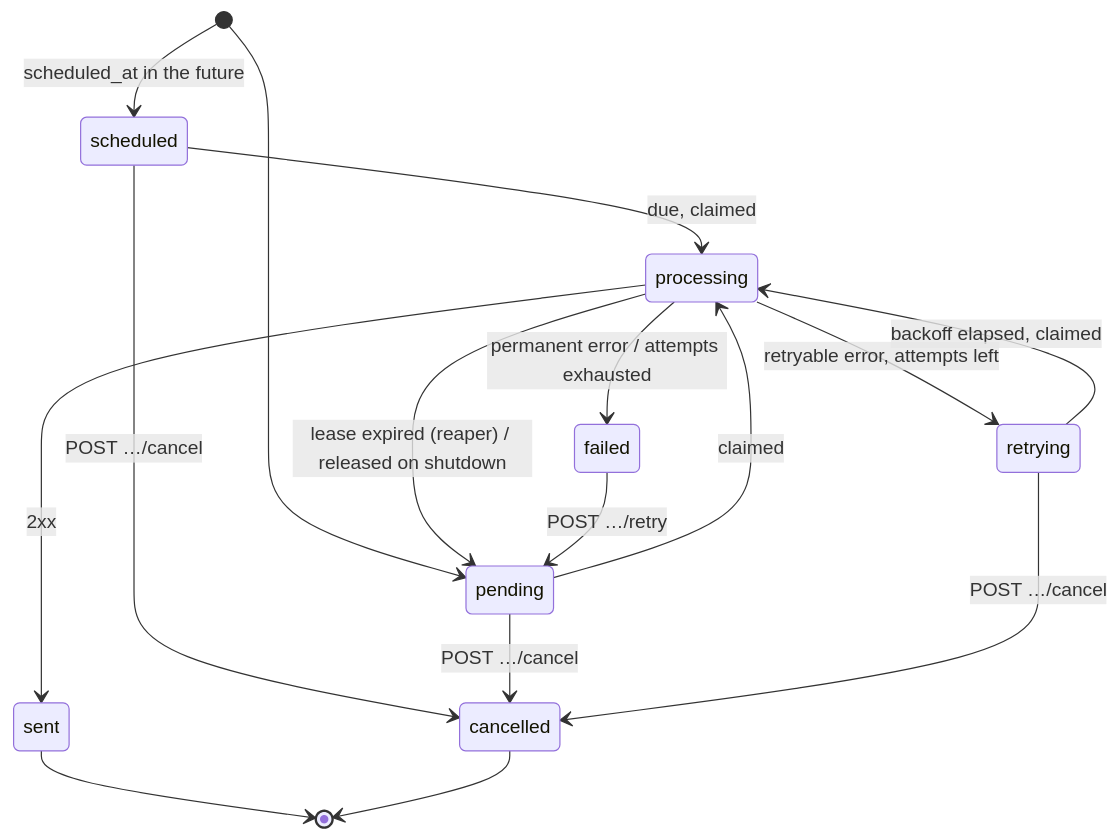
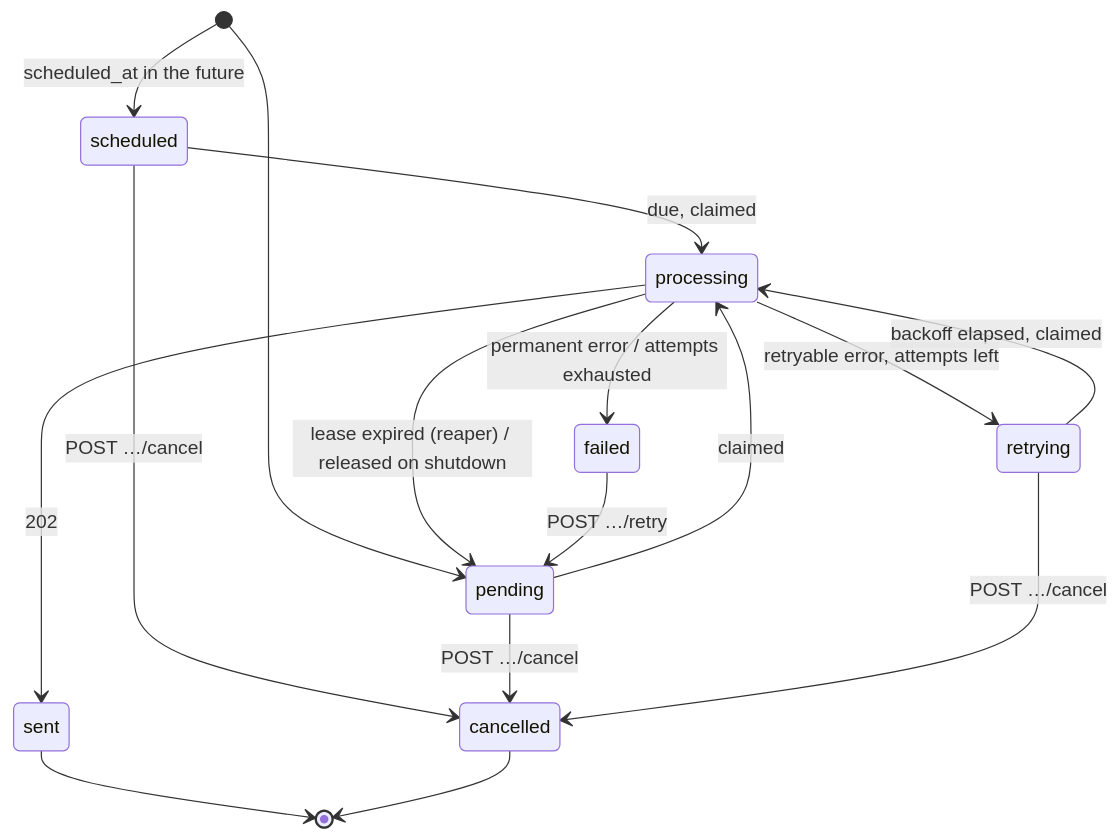
Before and after one commit to Chroex/insider-notification-service: the third of 3 diagrams in README.md, drawn with Mermaid. The commit also changed other lines of this file and 11 other files, not shown here.

````diff
--- a/README.md
+++ b/README.md
@@ -154,18 +154,18 @@
 ```mermaid
 stateDiagram-v2
     [*] --> scheduled: scheduled_at in the future
     [*] --> pending
     scheduled --> processing: due, claimed
     pending --> processing: claimed
     retrying --> processing: backoff elapsed, claimed
-    processing --> sent: 2xx
+    processing --> sent: 202
     processing --> retrying: retryable error, attempts left
     processing --> failed: permanent error / attempts exhausted
     processing --> pending: lease expired (reaper) / released on shutdown
     scheduled --> cancelled: POST …/cancel
     pending --> cancelled: POST …/cancel
     retrying --> cancelled: POST …/cancel
     failed --> pending: POST …/retry
     sent --> [*]
     cancelled --> [*]
 ```
````
